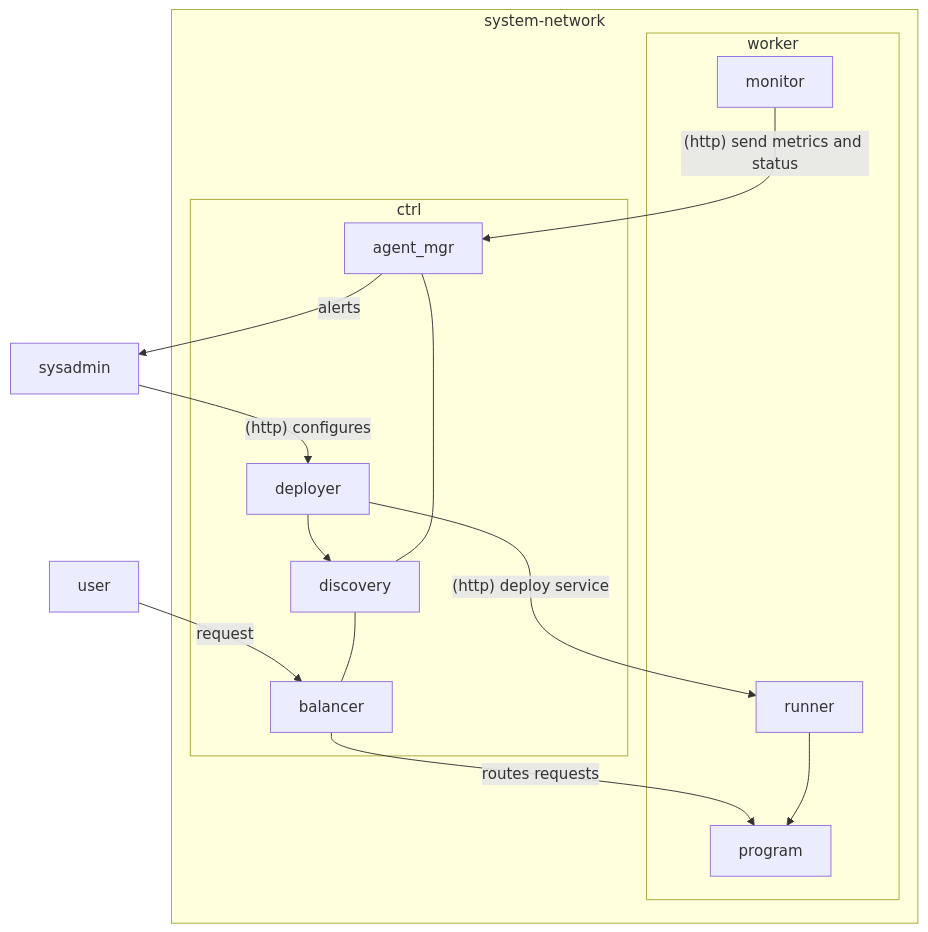
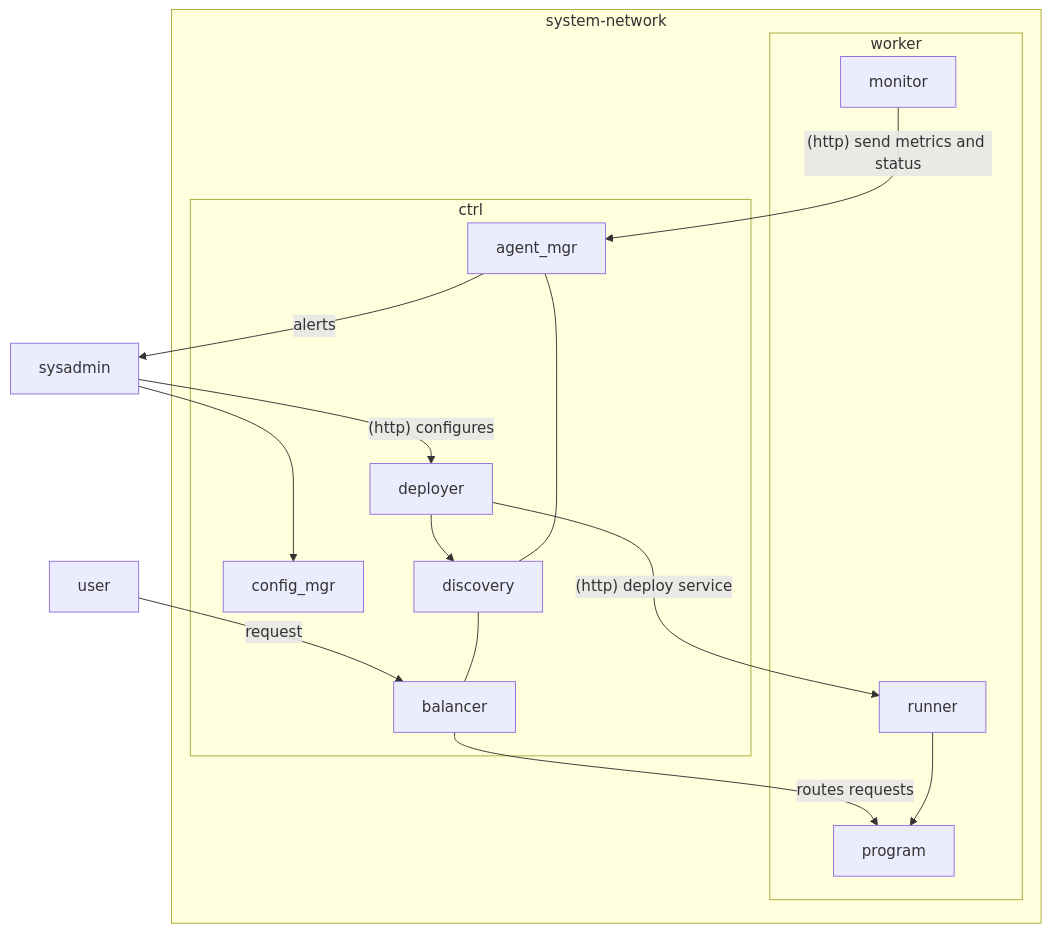
Before and after one commit to esfericos/tucano: the diagram in docs/DESIGN.md, drawn with Mermaid.

Commit message:
Add config_mgr to diagram

````diff
--- a/docs/DESIGN.md
+++ b/docs/DESIGN.md
@@ -5,36 +5,38 @@
 ```mermaid
 graph TB
     user
     user -- request --> balancer
 
     sysadmin
     sysadmin -- (http) configures --> deployer
+    sysadmin ---> config_mgr
     agent_mgr -- alerts --> sysadmin
 
     subgraph system-network
 
         subgraph ctrl
             deployer
             balancer
             agent_mgr
+            config_mgr
             discovery
 
             deployer --> discovery
             discovery --- balancer
             agent_mgr --- discovery
         end
 
         balancer -- routes requests --> program
         deployer -- (http) deploy service --> runner
         monitor -- (http) send metrics and status --> agent_mgr
 
         subgraph worker
             monitor
             runner
             program
 
             runner --> program
         end
 
     end
 ```
````
